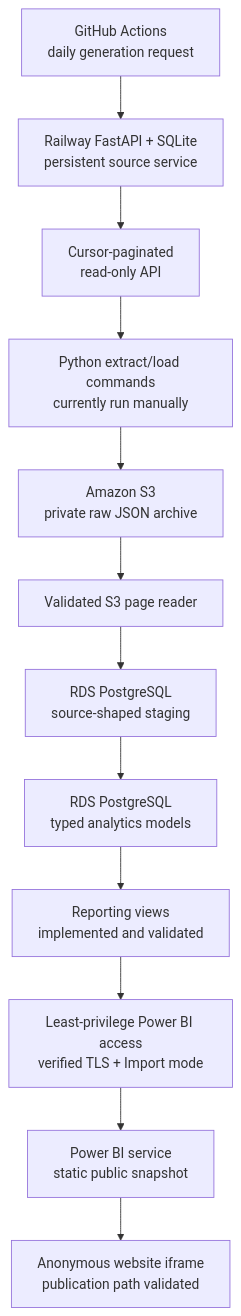
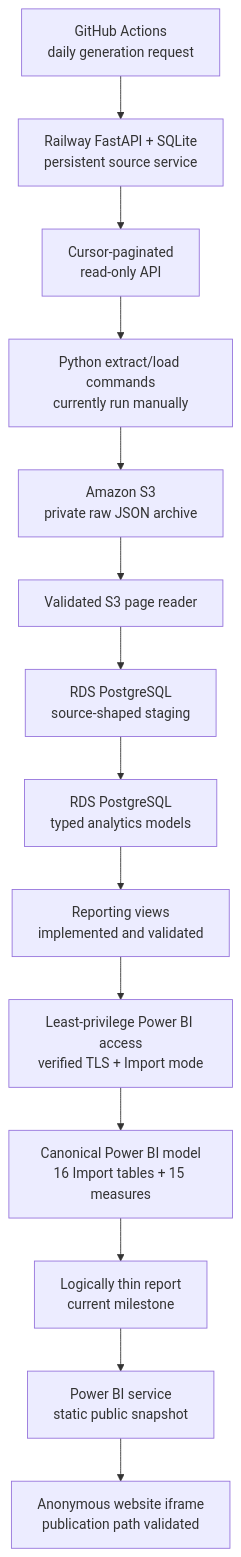
Before and after one commit to datacookbooks/guitar-lessons-marketing-analytics: the diagram in ARCHITECTURE.md, drawn with Mermaid. The commit also changed other lines of this file and 8 other files, not shown here.

Commit message:
docs: document Power BI semantic model

````diff
--- a/ARCHITECTURE.md
+++ b/ARCHITECTURE.md
@@ -11,14 +12,16 @@
 ```mermaid
 flowchart TD
     A["GitHub Actions<br/>daily generation request"] --> B["Railway FastAPI + SQLite<br/>persistent source service"]
     B --> C["Cursor-paginated<br/>read-only API"]
     C --> D["Python extract/load commands<br/>currently run manually"]
     D --> E["Amazon S3<br/>private raw JSON archive"]
     E --> F["Validated S3 page reader"]
     F --> G["RDS PostgreSQL<br/>source-shaped staging"]
     G --> H["RDS PostgreSQL<br/>typed analytics models"]
     H --> I["Reporting views<br/>implemented and validated"]
     I --> J["Least-privilege Power BI access<br/>verified TLS + Import mode"]
-    J --> K["Power BI service<br/>static public snapshot"]
-    K --> L["Anonymous website iframe<br/>publication path validated"]
+    J --> K["Canonical Power BI model<br/>16 Import tables + 15 measures"]
+    K --> L["Logically thin report<br/>current milestone"]
+    L --> M["Power BI service<br/>static public snapshot"]
+    M --> N["Anonymous website iframe<br/>publication path validated"]
 ```
````
